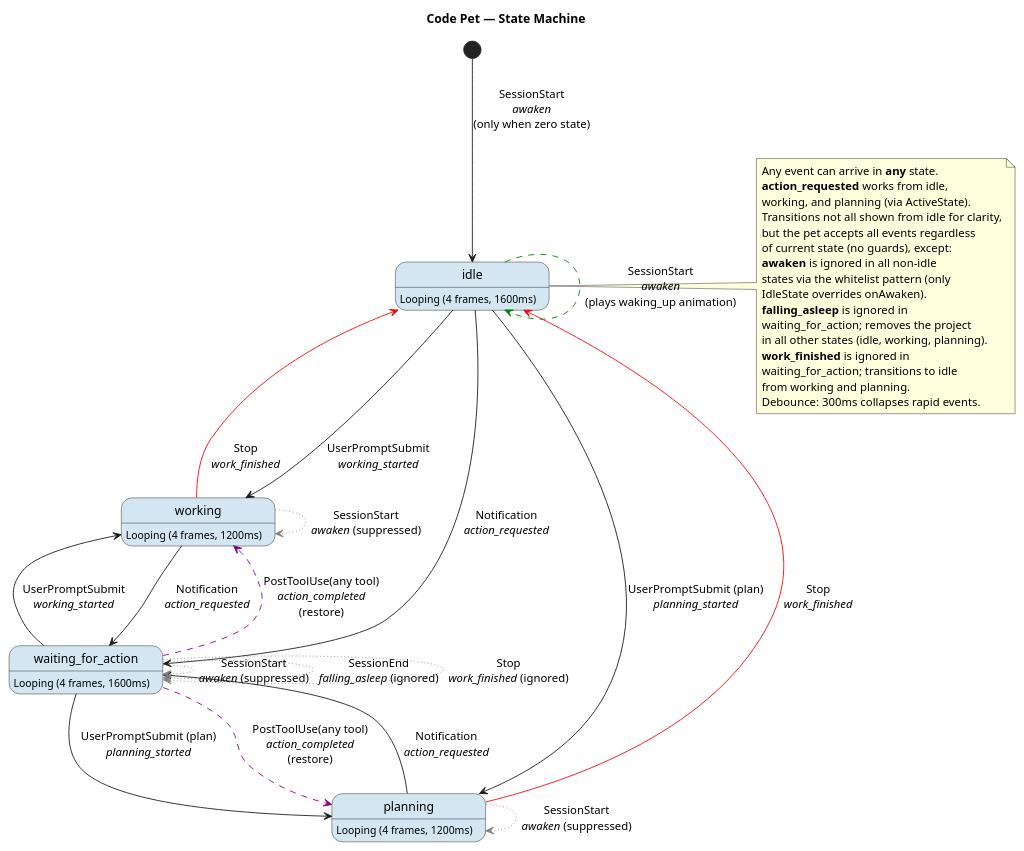
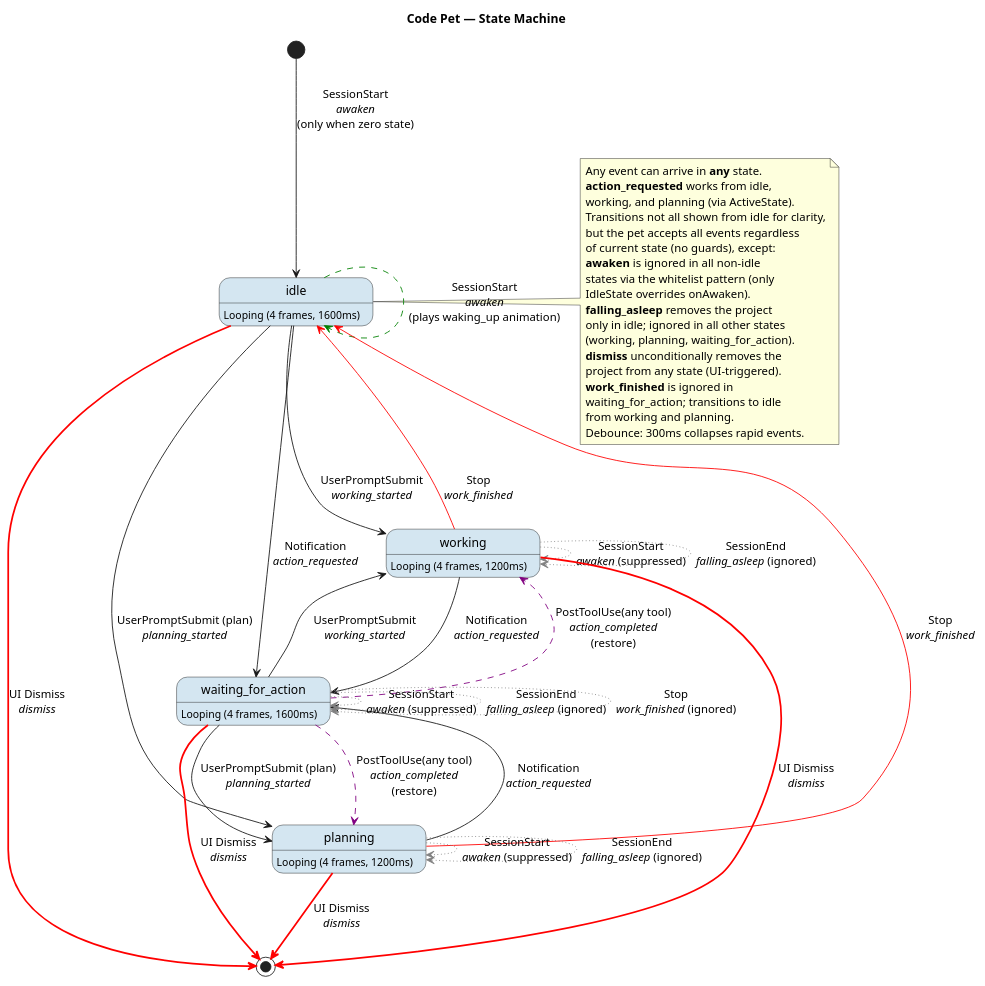
Before and after one commit to mradovic95/code-pet: the first of 2 diagrams in docs/state-diagram.puml, drawn with PlantUML. The commit also changed other lines of this file and 6 other files, not shown here.

Commit message:
change falling_asleep event handling, and add dismiss event

```diff
--- a/docs/state-diagram.puml
+++ b/docs/state-diagram.puml
@@ -1,69 +1,79 @@
 @startuml code-pet-states
 skinparam state {
   BackgroundColor<<looping>> #D4E6F1
 }
 
 title Code Pet — State Machine
 
 [*] --> idle : SessionStart\n//awaken//\n(only when zero state)
 
 state "idle" as idle <<looping>> : Looping (4 frames, 1600ms)
 state "working" as working <<looping>> : Looping (4 frames, 1200ms)
 state "planning" as planning <<looping>> : Looping (4 frames, 1200ms)
 state "waiting_for_action" as waiting_for_action <<looping>> : Looping (4 frames, 1600ms)
 
 ' ── Awaken: stays in idle, plays renderer-only waking_up animation ──
 idle -[#green,dashed]-> idle : SessionStart\n//awaken//\n(plays waking_up animation)
 
 ' ── Hook-driven transitions (any state → target) ──
 idle --> working : UserPromptSubmit\n//working_started//
 idle --> waiting_for_action : Notification\n//action_requested//
 idle --> planning : UserPromptSubmit (plan)\n//planning_started//
 
 ' ── Permission prompt during active work ──
 working --> waiting_for_action : Notification\n//action_requested//
 planning --> waiting_for_action : Notification\n//action_requested//
 
 ' ── Stop returns to idle from active states ──
 working -[#red]-> idle : Stop\n//work_finished//
 planning -[#red]-> idle : Stop\n//work_finished//
 
 ' ── Awaken suppressed during ALL non-zero states ──
 working -[#grey,dotted]-> working : SessionStart\n//awaken// (suppressed)
 planning -[#grey,dotted]-> planning : SessionStart\n//awaken// (suppressed)
 waiting_for_action -[#grey,dotted]-> waiting_for_action : SessionStart\n//awaken// (suppressed)
 
-' ── falling_asleep ignored in waiting_for_action ──
+' ── falling_asleep ignored in all non-idle states ──
+working -[#grey,dotted]-> working : SessionEnd\n//falling_asleep// (ignored)
+planning -[#grey,dotted]-> planning : SessionEnd\n//falling_asleep// (ignored)
 waiting_for_action -[#grey,dotted]-> waiting_for_action : SessionEnd\n//falling_asleep// (ignored)
+
+' ── dismiss unconditionally removes project from any state ──
+idle -[#red,bold]-> [*] : UI Dismiss\n//dismiss//
+working -[#red,bold]-> [*] : UI Dismiss\n//dismiss//
+planning -[#red,bold]-> [*] : UI Dismiss\n//dismiss//
+waiting_for_action -[#red,bold]-> [*] : UI Dismiss\n//dismiss//
 
 ' ── action_completed restores previous active state ──
 waiting_for_action -[#purple,dashed]-> working : PostToolUse(any tool)\n//action_completed//\n(restore)
 waiting_for_action -[#purple,dashed]-> planning : PostToolUse(any tool)\n//action_completed//\n(restore)
 
 ' ── Stop ignored in waiting_for_action ──
 waiting_for_action -[#grey,dotted]-> waiting_for_action : Stop\n//work_finished// (ignored)
 
 ' ── waiting_for_action exits via UserPromptSubmit ──
 waiting_for_action --> working : UserPromptSubmit\n//working_started//
 waiting_for_action --> planning : UserPromptSubmit (plan)\n//planning_started//
 
 note right of idle
   Any event can arrive in **any** state.
   **action_requested** works from idle,
   working, and planning (via ActiveState).
   Transitions not all shown from idle for clarity,
   but the pet accepts all events regardless
   of current state (no guards), except:
   **awaken** is ignored in all non-idle
   states via the whitelist pattern (only
   IdleState overrides onAwaken).
-  **falling_asleep** is ignored in
-  waiting_for_action; removes the project
-  in all other states (idle, working, planning).
+  **falling_asleep** removes the project
+  only in idle; ignored in all other states
+  (working, planning, waiting_for_action).
+  **dismiss** unconditionally removes the
+  project from any state (UI-triggered).
   **work_finished** is ignored in
   waiting_for_action; transitions to idle
   from working and planning.
   Debounce: 300ms collapses rapid events.
 end note
 
 @enduml
```
